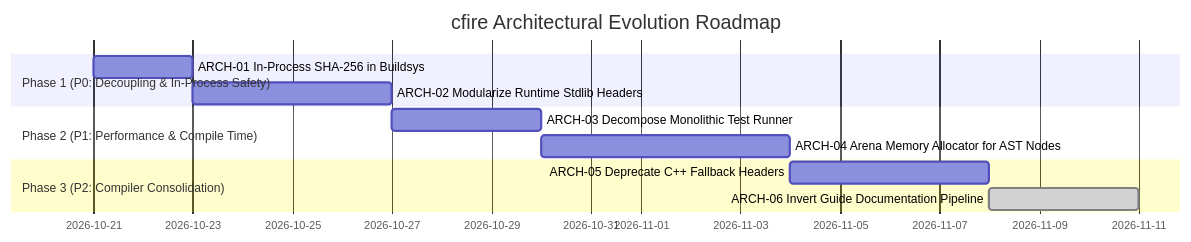
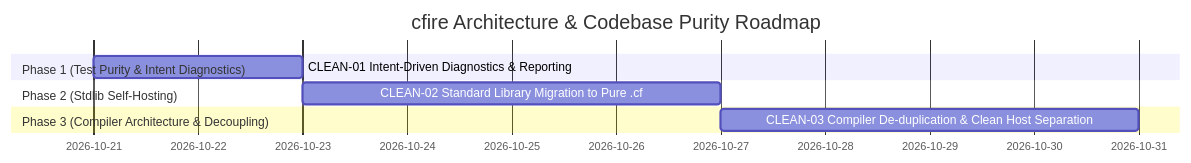
The diagram in docs/planning/architectural-backlog.md (gsandoval/cfire), drawn with Mermaid before and after one commit. The commit also changed other lines of this file and 8 other files, not shown here.

First line of the commit message:
refactor(tests): decompose batch suites into intent-driven test diagnostics (CLEAN-01)

````diff
--- a/docs/planning/architectural-backlog.md
+++ b/docs/planning/architectural-backlog.md
@@ -11,14 +11,11 @@
 ```mermaid
 gantt
-    title cfire Architectural Evolution Roadmap
+    title cfire Architecture & Codebase Purity Roadmap
     dateFormat  YYYY-MM-DD
-    section Phase 1 (P0: Decoupling & In-Process Safety)
-    ARCH-01 In-Process SHA-256 in Buildsys       :p1_1, 2026-10-21, 2d
-    ARCH-02 Modularize Runtime Stdlib Headers     :p1_2, after p1_1, 4d
-    section Phase 2 (P1: Performance & Compile Time)
-    ARCH-03 Decompose Monolithic Test Runner      :p2_1, after p1_2, 3d
-    ARCH-04 Arena Memory Allocator for AST Nodes  :p2_2, after p2_1, 5d
-    section Phase 3 (P2: Compiler Consolidation)
-    ARCH-05 Deprecate C++ Fallback Headers       :p3_1, after p2_2, 4d
-    ARCH-06 Invert Guide Documentation Pipeline   :done, p3_2, after p3_1, 3d
+    section Phase 1 (Test Purity & Intent Diagnostics)
+    CLEAN-01 Intent-Driven Diagnostics & Reporting :p1_1, 2026-10-21, 2d
+    section Phase 2 (Stdlib Self-Hosting)
+    CLEAN-02 Standard Library Migration to Pure .cf :p2_1, after p1_1, 4d
+    section Phase 3 (Compiler Architecture & Decoupling)
+    CLEAN-03 Compiler De-duplication & Clean Host Separation :p3_1, after p2_1, 4d
 ```
````
